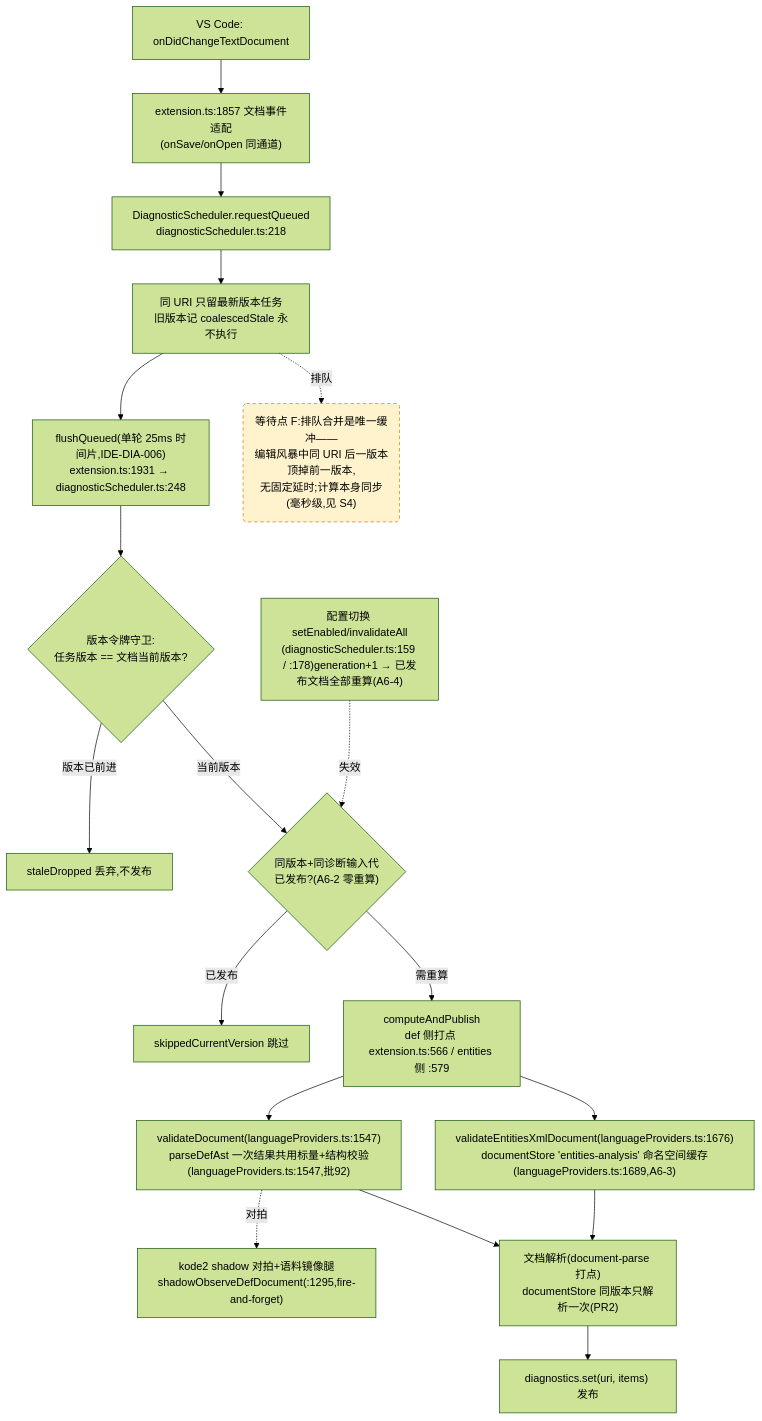
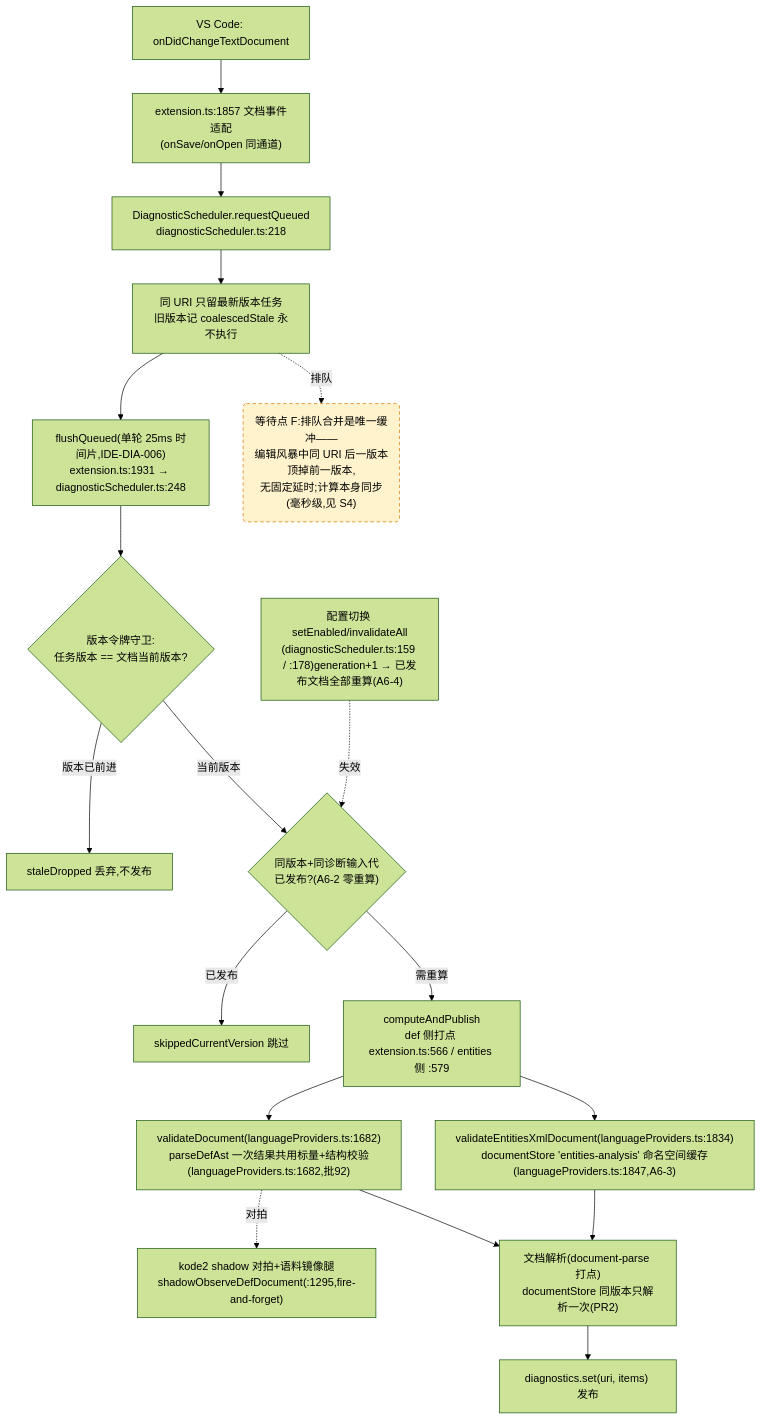
Before and after one commit to cuihairu/kode: the fourth of 4 diagrams in docs/perf/2026-baseline.md, drawn with Mermaid (forest theme). The commit also changed other lines of this file and 16 other files, not shown here.

````diff
--- a/docs/perf/2026-baseline.md
+++ b/docs/perf/2026-baseline.md
@@ -214,38 +214,38 @@
 ```mermaid
 flowchart TD
   CHG["VS Code: onDidChangeTextDocument"]
   WATCH["extension.ts:1857 文档事件适配<br/>(onSave/onOpen 同通道)"]
   RQ["DiagnosticScheduler.requestQueued<br/>diagnosticScheduler.ts:218"]
   CO["同 URI 只留最新版本任务<br/>旧版本记 coalescedStale 永不执行"]
   FL["flushQueued(单轮 25ms 时间片,IDE-DIA-006)<br/>extension.ts:1931 → diagnosticScheduler.ts:248"]
   VG{"版本令牌守卫:<br/>任务版本 == 文档当前版本?"}
   DROP["staleDropped 丢弃,不发布"]
   GEN{"同版本+同诊断输入代<br/>已发布?(A6-2 零重算)"}
   SKIP["skippedCurrentVersion 跳过"]
   CALC["computeAndPublish<br/>def 侧打点 extension.ts:566 / entities 侧 :579"]
-  VD["validateDocument(languageProviders.ts:1547)<br/>parseDefAst 一次结果共用标量+结构校验(languageProviders.ts:1547,批92)"]
-  VEX["validateEntitiesXmlDocument(languageProviders.ts:1676)<br/>documentStore 'entities-analysis' 命名空间缓存(languageProviders.ts:1689,A6-3)"]
+  VD["validateDocument(languageProviders.ts:1682)<br/>parseDefAst 一次结果共用标量+结构校验(languageProviders.ts:1682,批92)"]
+  VEX["validateEntitiesXmlDocument(languageProviders.ts:1834)<br/>documentStore 'entities-analysis' 命名空间缓存(languageProviders.ts:1847,A6-3)"]
   SHDD["kode2 shadow 对拍+语料镜像腿<br/>shadowObserveDefDocument(:1295,fire-and-forget)"]
   DS["文档解析(document-parse 打点)<br/>documentStore 同版本只解析一次(PR2)"]
   PUB["diagnostics.set(uri, items) 发布"]
   CFG2["配置切换 setEnabled/invalidateAll<br/>(diagnosticScheduler.ts:159 / :178)generation+1 → 已发布文档全部重算(A6-4)"]
 
   CHG --> WATCH --> RQ --> CO --> FL --> VG
   VG -- "版本已前进" --> DROP
   VG -- "当前版本" --> GEN
   GEN -- "已发布" --> SKIP
   GEN -- "需重算" --> CALC
   CALC --> VD
   CALC --> VEX
   VD --> DS
   VEX --> DS
   DS --> PUB
   VD -.->|对拍| SHDD
   CFG2 -.->|失效| GEN
 
   WAITF("等待点 F:排队合并是唯一缓冲——<br/>编辑风暴中同 URI 后一版本顶掉前一版本,<br/>无固定延时;计算本身同步(毫秒级,见 S4)")
   CO -.->|排队| WAITF
 
   classDef waitPoint fill:#fff3cd,stroke:#d97706,stroke-dasharray:5 4;
   class WAITF waitPoint;
 ```
````
